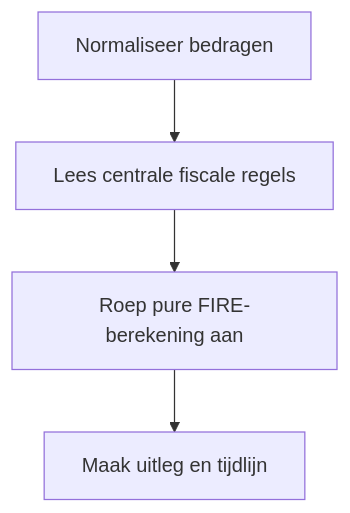
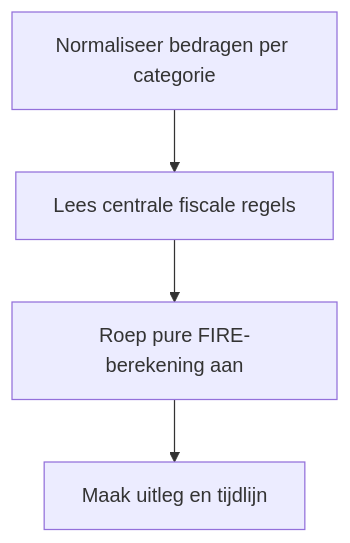
Before and after one commit to oli4vos/tooling-site: the third of 3 diagrams in apps/fire-na-belasting/PROCESS.md, drawn with Mermaid. The commit also changed other lines of this file and 2 other files, not shown here.

````diff
--- a/apps/fire-na-belasting/PROCESS.md
+++ b/apps/fire-na-belasting/PROCESS.md
@@ -50,6 +51,6 @@
 ```mermaid
 flowchart TD
- A[Normaliseer bedragen] --> B[Lees centrale fiscale regels]
+ A[Normaliseer bedragen per categorie] --> B[Lees centrale fiscale regels]
  B --> C[Roep pure FIRE-berekening aan]
  C --> D[Maak uitleg en tijdlijn]
 ```
````
